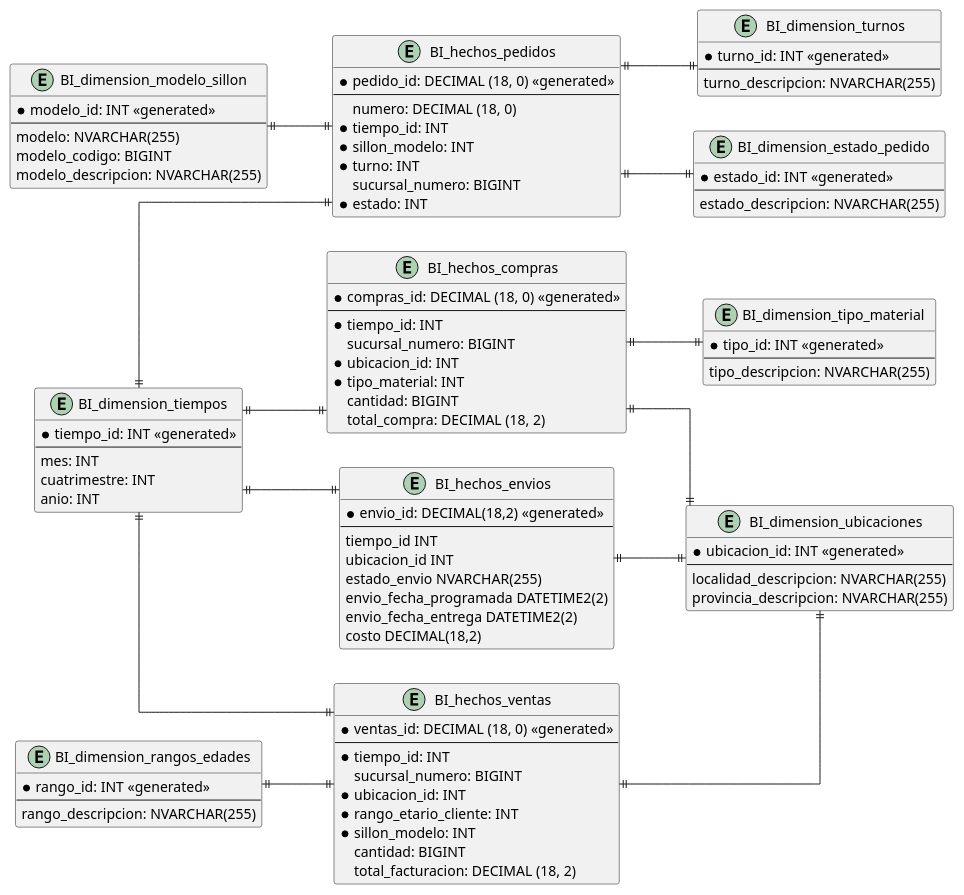
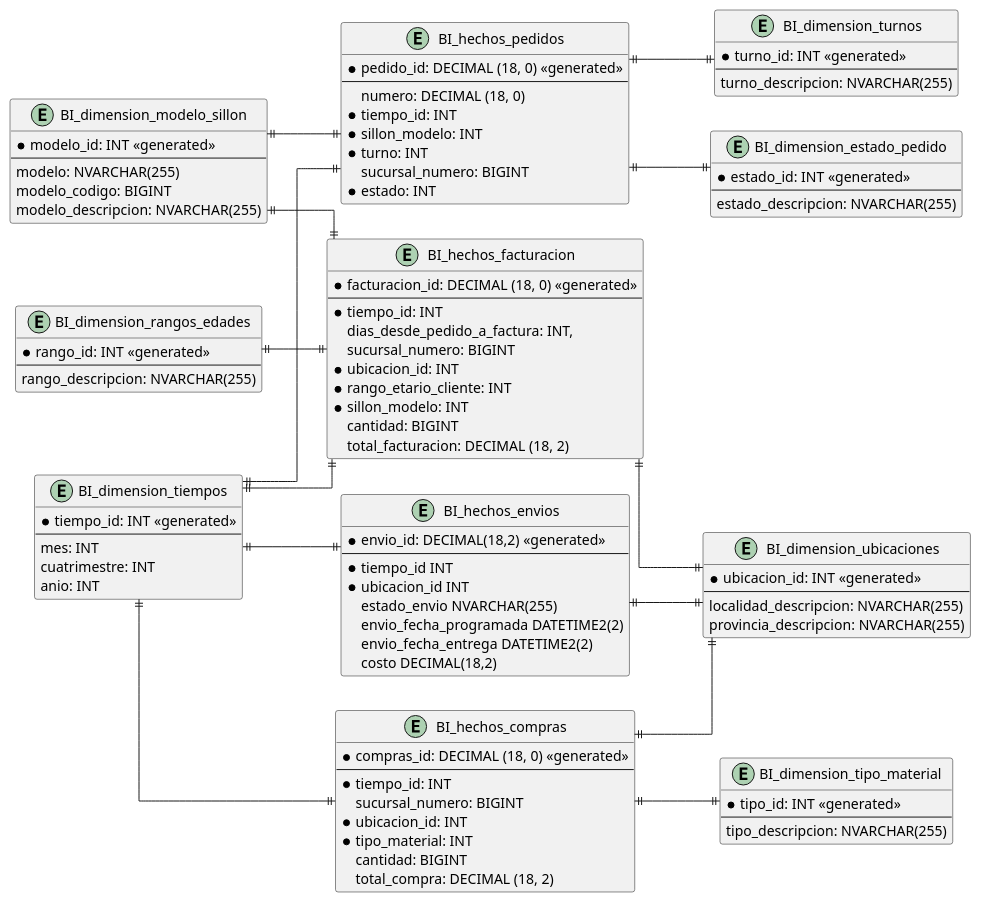
One commit to jreggiardoUTN/UTN-sillones changed the diagram in DER_BI.puml. Above: the diagram before and after it, drawn with PlantUML. The commit also changed 4 other files, not shown here.

```diff
--- a/DER_BI.puml
+++ b/DER_BI.puml
@@ -1,113 +1,115 @@
 @startuml
 
 ' avoid problems with angled crows feet
 skinparam linetype polyline
 skinparam linetype ortho
 left to right direction
 
 entity "BI_dimension_tiempos" {
     *tiempo_id: INT <<generated>>
     --
     mes: INT
     cuatrimestre: INT
     anio: INT
 }
 
 entity "BI_dimension_ubicaciones" {
     *ubicacion_id: INT <<generated>>
     --
     localidad_descripcion: NVARCHAR(255)
     provincia_descripcion: NVARCHAR(255)
 }
 
 entity "BI_dimension_rangos_edades" {
     *rango_id: INT <<generated>>
     --
     rango_descripcion: NVARCHAR(255)
 }
 
 entity "BI_dimension_turnos" {
     *turno_id: INT <<generated>>
     --
     turno_descripcion: NVARCHAR(255)
 }
 
 entity "BI_dimension_tipo_material" {
     *tipo_id: INT <<generated>>
     --
     tipo_descripcion: NVARCHAR(255)
 }
 
 entity "BI_dimension_modelo_sillon" {
     *modelo_id: INT <<generated>>
     --
     modelo: NVARCHAR(255)
     modelo_codigo: BIGINT
     modelo_descripcion: NVARCHAR(255)
 }
 
 entity "BI_dimension_estado_pedido" {
     *estado_id: INT <<generated>>
     --
     estado_descripcion: NVARCHAR(255)
 }
 
 entity "BI_hechos_pedidos" {
     *pedido_id: DECIMAL (18, 0) <<generated>>
     --
     numero: DECIMAL (18, 0)
     *tiempo_id: INT
     *sillon_modelo: INT
     *turno: INT
     sucursal_numero: BIGINT
     *estado: INT
 }
 
-entity "BI_hechos_ventas" {
-    *ventas_id: DECIMAL (18, 0) <<generated>>
+entity "BI_hechos_facturacion" {
+    *facturacion_id: DECIMAL (18, 0) <<generated>>
     --
     *tiempo_id: INT
+    dias_desde_pedido_a_factura: INT,
     sucursal_numero: BIGINT
     *ubicacion_id: INT
     *rango_etario_cliente: INT
     *sillon_modelo: INT
     cantidad: BIGINT
     total_facturacion: DECIMAL (18, 2)
 }
 
 entity "BI_hechos_compras" {
     *compras_id: DECIMAL (18, 0) <<generated>>
     --
     *tiempo_id: INT
     sucursal_numero: BIGINT
     *ubicacion_id: INT
     *tipo_material: INT
     cantidad: BIGINT
     total_compra: DECIMAL (18, 2)
 }
 
 entity "BI_hechos_envios" {
     *envio_id: DECIMAL(18,2) <<generated>>
     --
-    tiempo_id INT
-    ubicacion_id INT
+    *tiempo_id INT
+    *ubicacion_id INT
     estado_envio NVARCHAR(255)
     envio_fecha_programada DATETIME2(2)
     envio_fecha_entrega DATETIME2(2)
     costo DECIMAL(18,2)
 }
 
 BI_hechos_pedidos ||-u-|| BI_dimension_tiempos
 BI_hechos_pedidos ||--|| BI_dimension_turnos
 BI_hechos_pedidos ||-u-|| BI_dimension_modelo_sillon
 BI_hechos_pedidos ||--|| BI_dimension_estado_pedido
-BI_hechos_ventas ||-u-|| BI_dimension_tiempos
-BI_hechos_ventas ||--|| BI_dimension_ubicaciones
-BI_hechos_ventas ||-u-|| BI_dimension_rangos_edades
+BI_hechos_facturacion ||-u-|| BI_dimension_tiempos
+BI_hechos_facturacion ||--|| BI_dimension_ubicaciones
+BI_hechos_facturacion ||-u-|| BI_dimension_rangos_edades
+BI_hechos_facturacion ||-u-|| BI_dimension_modelo_sillon
 BI_hechos_compras ||-u-|| BI_dimension_tiempos
 BI_hechos_compras ||--|| BI_dimension_ubicaciones
 BI_hechos_compras ||--|| BI_dimension_tipo_material
 BI_hechos_envios ||-u-|| BI_dimension_tiempos
 BI_hechos_envios ||--|| BI_dimension_ubicaciones
 
 @enduml
```
